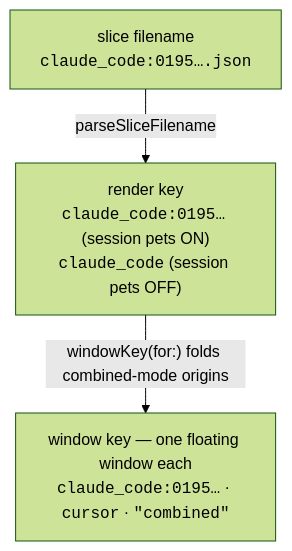
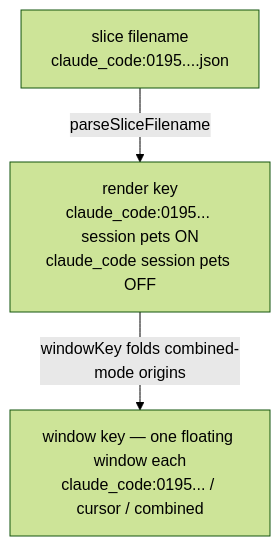
The first of 2 diagrams in src/content/docs/09-v2-as-built.md (cesarnml/codogotchi-app-on-boarding-for-dummies), drawn with Mermaid (forest theme) before and after one commit. The commit also changed other lines of this file and 12 other files, not shown here.

````diff
--- a/src/content/docs/09-v2-as-built.md
+++ b/src/content/docs/09-v2-as-built.md
@@ -67,6 +67,6 @@
 ```mermaid
 flowchart TD
-    slice["slice filename<br/><code>claude_code:0195….json</code>"] -->|parseSliceFilename| rk
-    rk["render key<br/><code>claude_code:0195…</code> (session pets ON)<br/><code>claude_code</code> (session pets OFF)"] -->|"windowKey(for:) folds combined-mode origins"| wk
-    wk["window key — one floating window each<br/><code>claude_code:0195…</code> · <code>cursor</code> · <code>&quot;combined&quot;</code>"]
+    slice["slice filename<br/>claude_code:0195....json"] -->|parseSliceFilename| rk
+    rk["render key<br/>claude_code:0195... session pets ON<br/>claude_code session pets OFF"] -->|windowKey folds combined-mode origins| wk
+    wk["window key — one floating window each<br/>claude_code:0195... / cursor / combined"]
 ```
````
